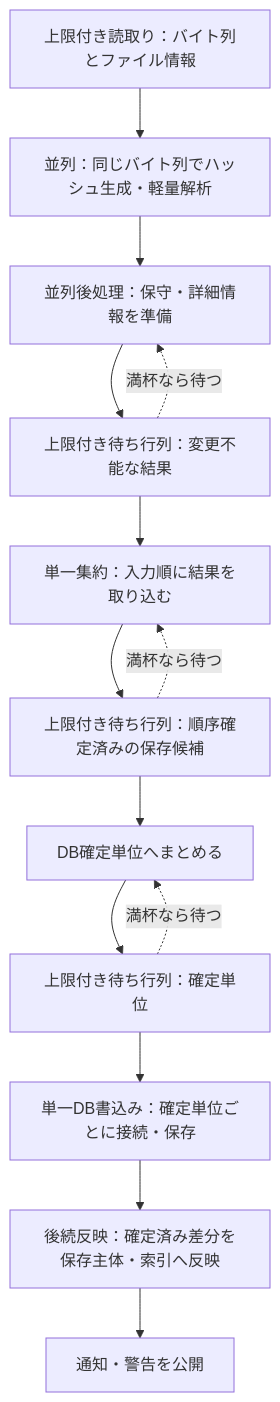
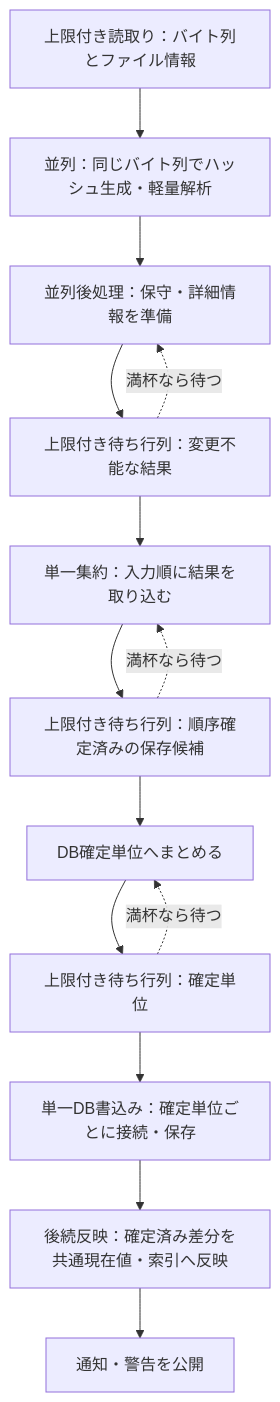
The diagram in devdocs/spec/library/chart-file-reading.md (Neeted/bemusicseeker-unofficial-fork), drawn with Mermaid before and after one commit. The commit also changed other lines of this file and 297 other files, not shown here.

````diff
--- a/devdocs/spec/library/chart-file-reading.md
+++ b/devdocs/spec/library/chart-file-reading.md
@@ -64,16 +66,16 @@
 ```mermaid
 flowchart TB
     Read["上限付き読取り：バイト列とファイル情報"] --> Parse["並列：同じバイト列でハッシュ生成・軽量解析"]
     Parse --> Post["並列後処理：保守・詳細情報を準備"]
     Post --> ResultQueue["上限付き待ち行列：変更不能な結果"]
     ResultQueue --> Aggregate["単一集約：入力順に結果を取り込む"]
     Aggregate --> CommitQueue["上限付き待ち行列：順序確定済みの保存候補"]
     CommitQueue --> Batch["DB確定単位へまとめる"]
     Batch --> WriteQueue["上限付き待ち行列：確定単位"]
     WriteQueue --> Writer["単一DB書込み：確定単位ごとに接続・保存"]
-    Writer --> Apply["後続反映：確定済み差分を保存主体・索引へ反映"]
+    Writer --> Apply["後続反映：確定済み差分を共通現在値・索引へ反映"]
     Apply --> Publish["通知・警告を公開"]
     WriteQueue -. "満杯なら待つ" .-> Batch
     CommitQueue -. "満杯なら待つ" .-> Aggregate
     ResultQueue -. "満杯なら待つ" .-> Post
 ```
````
